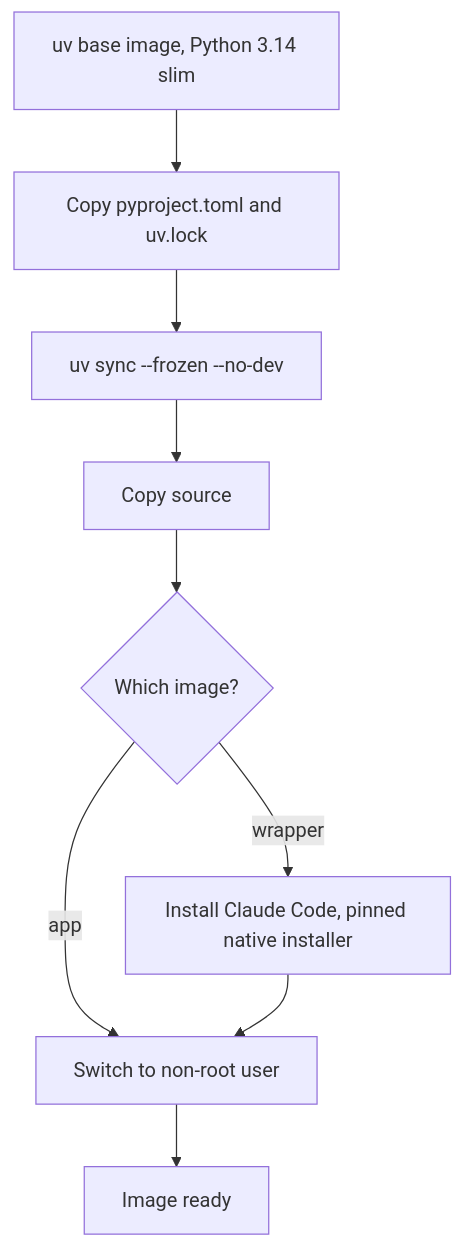
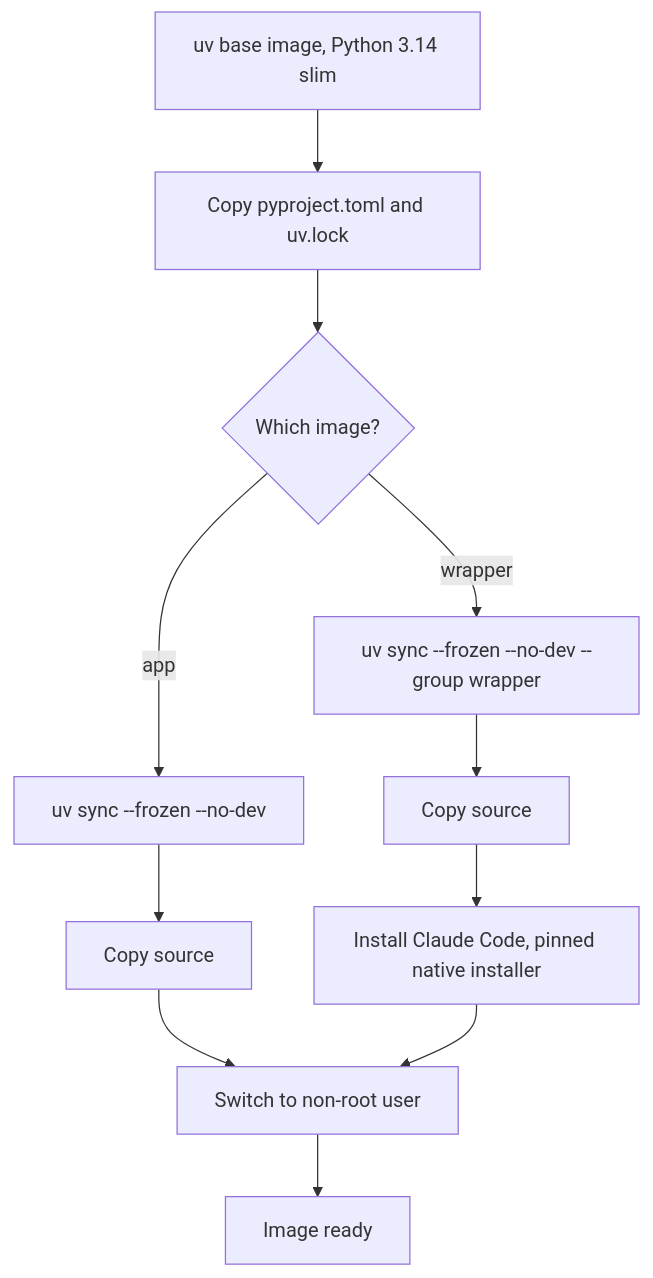
Before and after one commit to andreicaminschi/ai-email-assistant: the second of 2 diagrams in docs/containers.md, drawn with Mermaid. The commit also changed other lines of this file and 41 other files, not shown here.

First line of the commit message:
docs: simplify flows to per-pair handlers and yes/no approval

````diff
--- a/docs/containers.md
+++ b/docs/containers.md
@@ -67,11 +69,13 @@
 ```mermaid
 flowchart TD
     B[uv base image, Python 3.14 slim] --> C[Copy pyproject.toml and uv.lock]
-    C --> D[uv sync --frozen --no-dev]
-    D --> E[Copy source]
-    E --> F{Which image?}
-    F -- app --> G[Switch to non-root user]
-    F -- wrapper --> H[Install Claude Code, pinned native installer]
+    C --> F{Which image?}
+    F -- app --> D1[uv sync --frozen --no-dev]
+    F -- wrapper --> D2[uv sync --frozen --no-dev --group wrapper]
+    D1 --> E1[Copy source]
+    D2 --> E2[Copy source]
+    E1 --> G[Switch to non-root user]
+    E2 --> H[Install Claude Code, pinned native installer]
     H --> G
     G --> I[Image ready]
 ```
````
